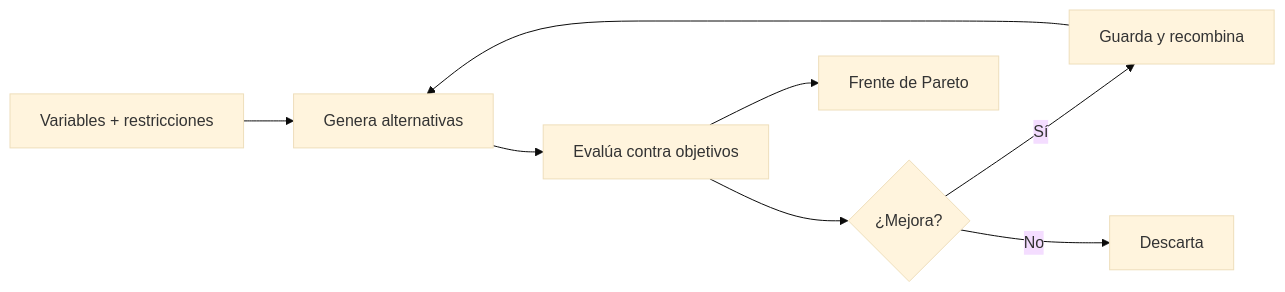
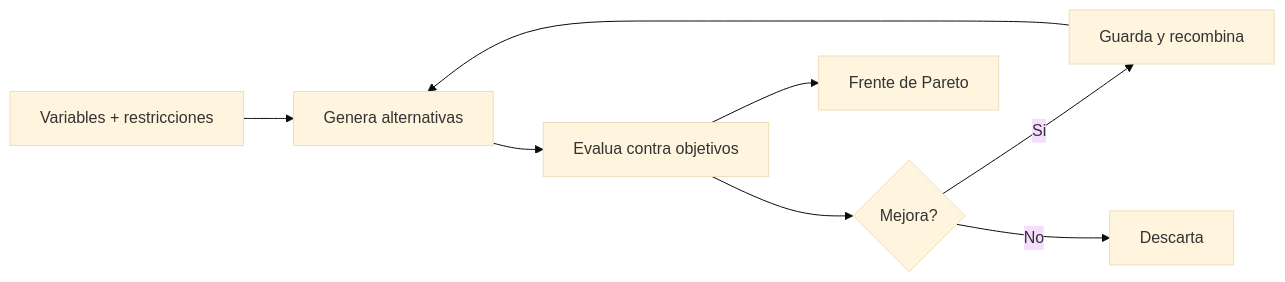
The first of 2 diagrams in docs/sessions/08-diseno-generativo.md (puyojulian-ascend/DiplomadoBIM.IA), drawn with Mermaid (base theme) before and after one commit. The commit also changed other lines of this file and 30 other files, not shown here.

````diff
--- a/docs/sessions/08-diseno-generativo.md
+++ b/docs/sessions/08-diseno-generativo.md
@@ -69,10 +103,10 @@
 ```mermaid
 flowchart LR
     A[Variables + restricciones] --> B[Genera alternativas]
-    B --> C[Evalúa contra objetivos]
-    C --> D{¿Mejora?}
-    D -- Sí --> E[Guarda y recombina]
+    B --> C[Evalua contra objetivos]
+    C --> D{Mejora?}
+    D -- Si --> E[Guarda y recombina]
     D -- No --> F[Descarta]
     E --> B
     C --> G[Frente de Pareto]
 ```
````
